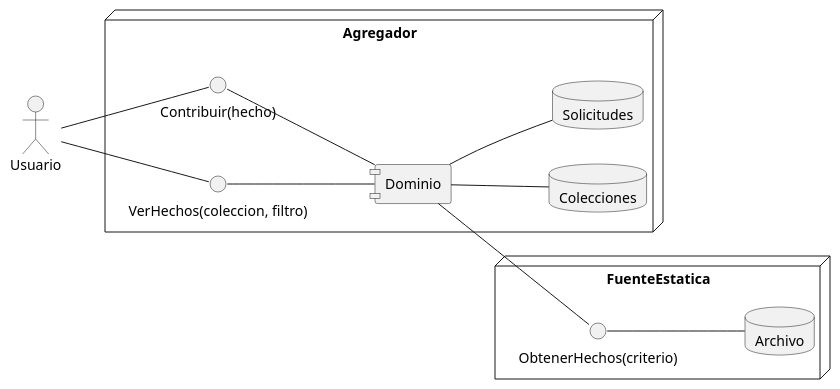
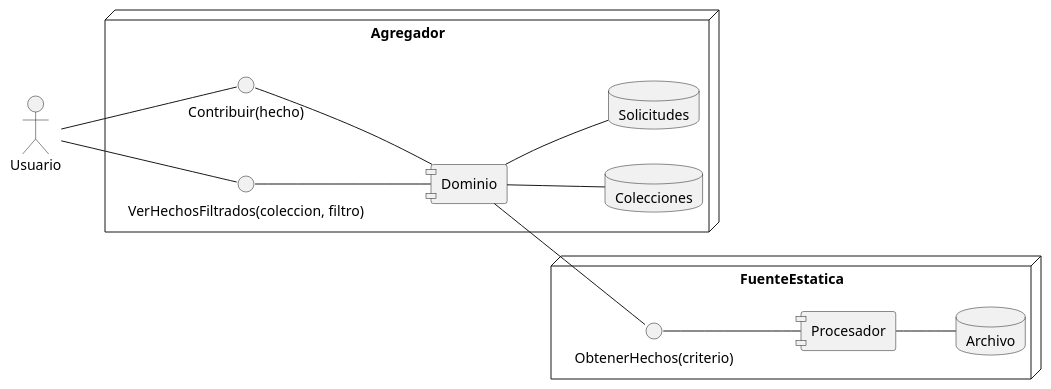
The diagram in diagramas/diagrama-despliegue.puml (lrizzitano/Metamapa), drawn with PlantUML before and after one commit. The commit also changed 2 other files, not shown here.

Commit message:
Correcciones diagramas

```diff
--- a/diagramas/diagrama-despliegue.puml
+++ b/diagramas/diagrama-despliegue.puml
@@ -1,38 +1,39 @@
 @startuml
 
 skinparam componentStyle uml1
 
 left to right direction
 
 node "Agregador" {
 
     database Colecciones
     database Solicitudes
 
     interface "Contribuir(hecho)"
-    interface "VerHechos(coleccion, filtro)"
+    interface "VerHechosFiltrados(coleccion, filtro)"
 
     [Dominio] -- Colecciones
     [Dominio] -- Solicitudes
     
-    "VerHechos(coleccion, filtro)" -- [Dominio]
+    "VerHechosFiltrados(coleccion, filtro)" -- [Dominio]
     "Contribuir(hecho)" -- [Dominio]
 }
 
 node "FuenteEstatica" {
 
     interface "ObtenerHechos(criterio)" as InterfazEstaticos
 
     database Archivo
 
-    InterfazEstaticos -- Archivo
+    InterfazEstaticos -- [Procesador]
+    [Procesador]  -- Archivo
 
     [Dominio] -- InterfazEstaticos
 }
 
  actor "Usuario"
  "Usuario" -- "Contribuir(hecho)"
- "Usuario" -- "VerHechos(coleccion, filtro)"
+ "Usuario" -- "VerHechosFiltrados(coleccion, filtro)"
 
 
 @enduml
```
